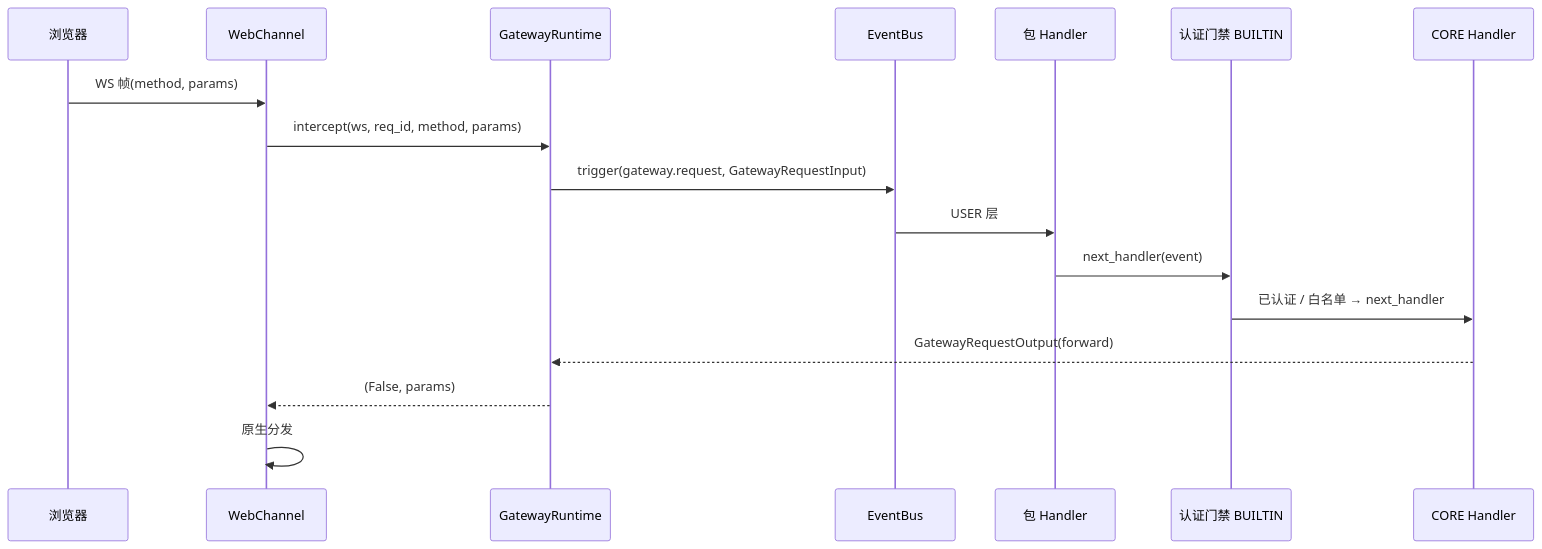
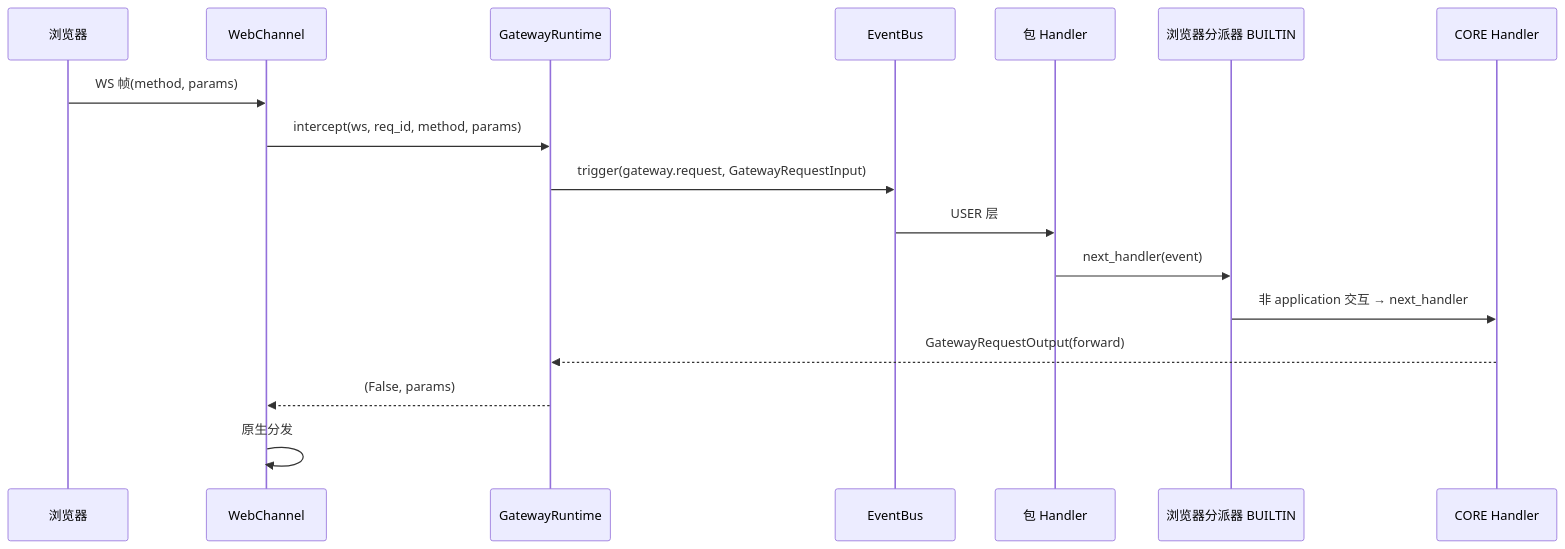
One commit to openJiuwen-ai/jiuwenswarm changed the second of 2 diagrams in jiuwenswarm/gateway/extensions_v2/docs/designs/extensions-v2-overview.md. Above: the diagram before and after it, drawn with Mermaid. The commit also changed other lines of this file and 25 other files, not shown here.

````diff
--- a/jiuwenswarm/gateway/extensions_v2/docs/designs/extensions-v2-overview.md
+++ b/jiuwenswarm/gateway/extensions_v2/docs/designs/extensions-v2-overview.md
@@ -119,19 +119,19 @@
 ```mermaid
 sequenceDiagram
     participant B as 浏览器
     participant C as WebChannel
     participant R as GatewayRuntime
     participant S as EventBus
     participant P as 包 Handler
-    participant G as 认证门禁 BUILTIN
+    participant G as 浏览器分派器 BUILTIN
     participant K as CORE Handler
     B->>C: WS 帧(method, params)
     C->>R: intercept(ws, req_id, method, params)
     R->>S: trigger(gateway.request, GatewayRequestInput)
     S->>P: USER 层
     P->>G: next_handler(event)
-    G->>K: 已认证 / 白名单 → next_handler
+    G->>K: 非 application 交互 → next_handler
     K-->>R: GatewayRequestOutput(forward)
     R-->>C: (False, params)
     C->>C: 原生分发
 ```
````
